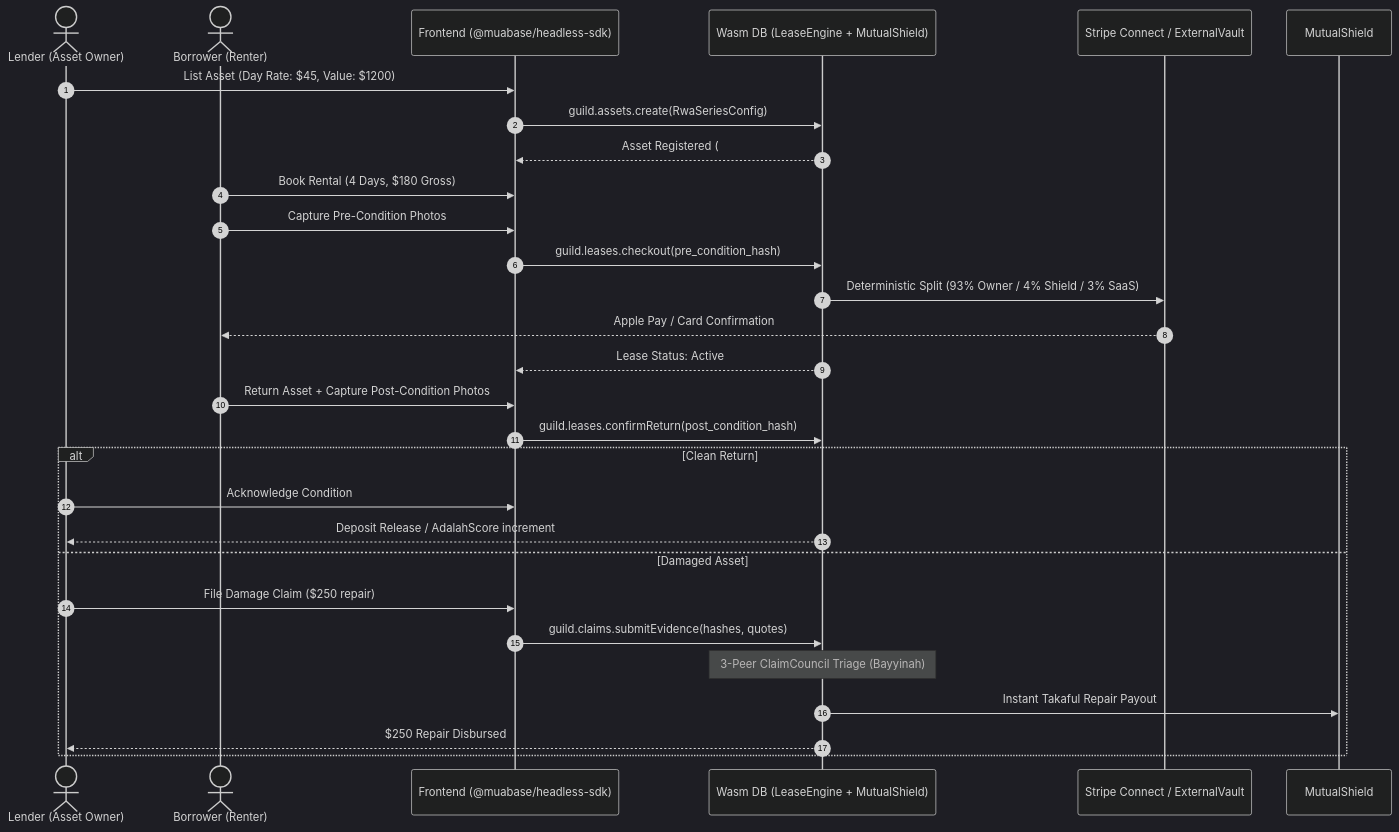
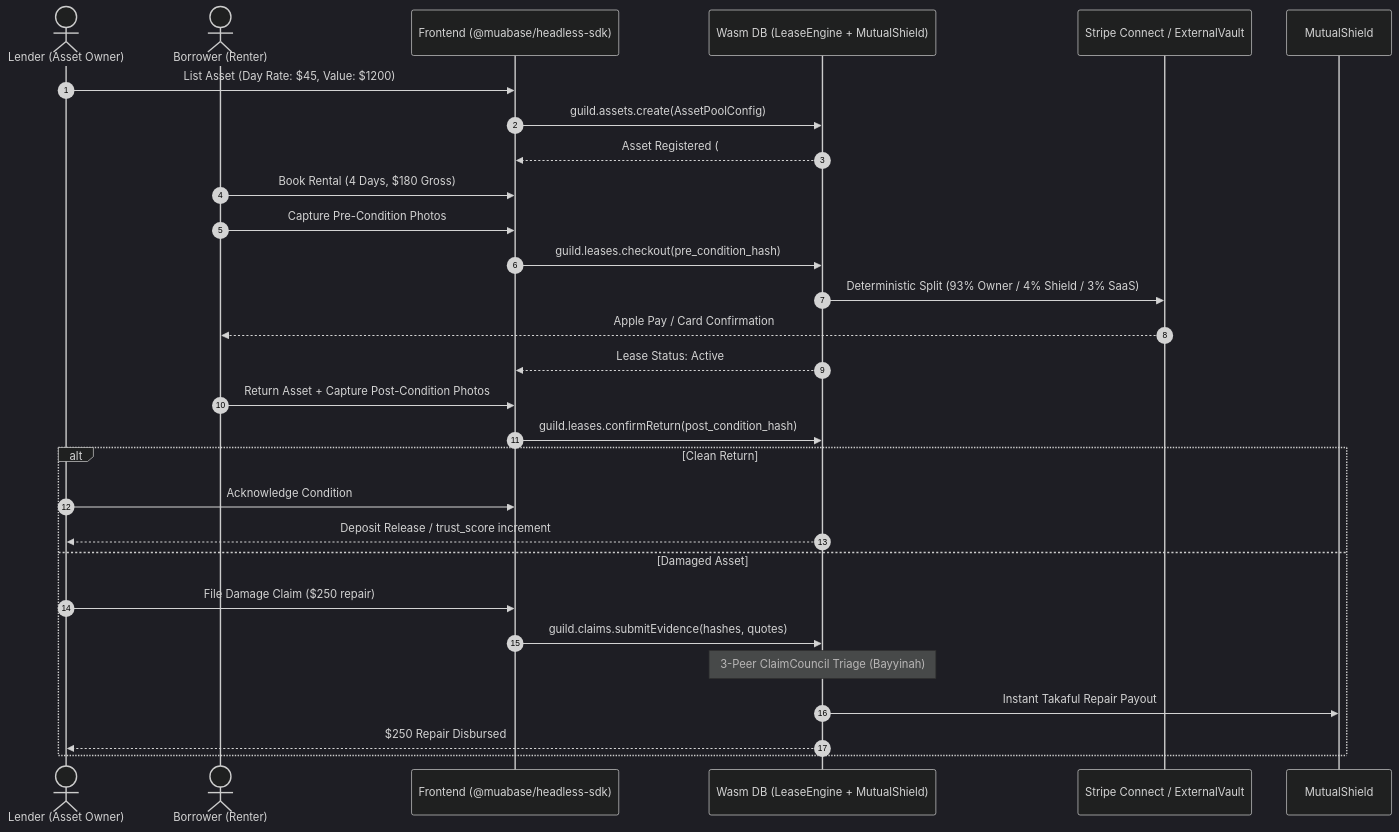
Before and after one commit to tseyt/muabase: the second of 2 diagrams in doc/MUABASE_SPEC.md, drawn with Mermaid (dark theme). The commit also changed other lines of this file and 6 other files, not shown here.

````diff
--- a/doc/MUABASE_SPEC.md
+++ b/doc/MUABASE_SPEC.md
@@ -218,33 +219,33 @@
 ```mermaid
 sequenceDiagram
     autonumber
     actor Lender as Lender (Asset Owner)
     actor Borrower as Borrower (Renter)
     participant Client as Frontend (@muabase/headless-sdk)
     participant Psibase as Wasm DB (LeaseEngine + MutualShield)
     participant Stripe as Stripe Connect / ExternalVault
 
     Lender->>Client: List Asset (Day Rate: $45, Value: $1200)
-    Client->>Psibase: guild.assets.create(RwaSeriesConfig)
+    Client->>Psibase: guild.assets.create(AssetPoolConfig)
     Psibase-->>Client: Asset Registered (#1042)
 
     Borrower->>Client: Book Rental (4 Days, $180 Gross)
     Borrower->>Client: Capture Pre-Condition Photos
     Client->>Psibase: guild.leases.checkout(pre_condition_hash)
     Psibase->>Stripe: Deterministic Split (93% Owner / 4% Shield / 3% SaaS)
     Stripe-->>Borrower: Apple Pay / Card Confirmation
     Psibase-->>Client: Lease Status: Active
 
     Borrower->>Client: Return Asset + Capture Post-Condition Photos
     Client->>Psibase: guild.leases.confirmReturn(post_condition_hash)
     alt Clean Return
         Lender->>Client: Acknowledge Condition
-        Psibase-->>Lender: Deposit Release / AdalahScore increment
+        Psibase-->>Lender: Deposit Release / trust_score increment
     else Damaged Asset
         Lender->>Client: File Damage Claim ($250 repair)
         Client->>Psibase: guild.claims.submitEvidence(hashes, quotes)
         Note over Psibase: 3-Peer ClaimCouncil Triage (Bayyinah)
         Psibase->>MutualShield: Instant Takaful Repair Payout
         Psibase-->>Lender: $250 Repair Disbursed
     end
 ```
````
